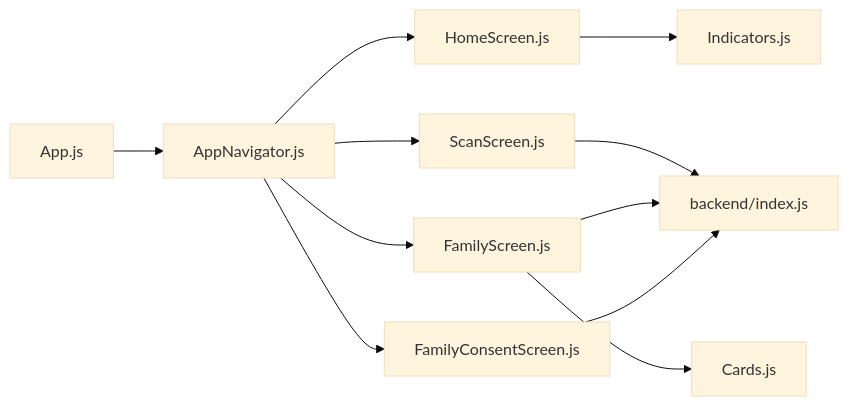
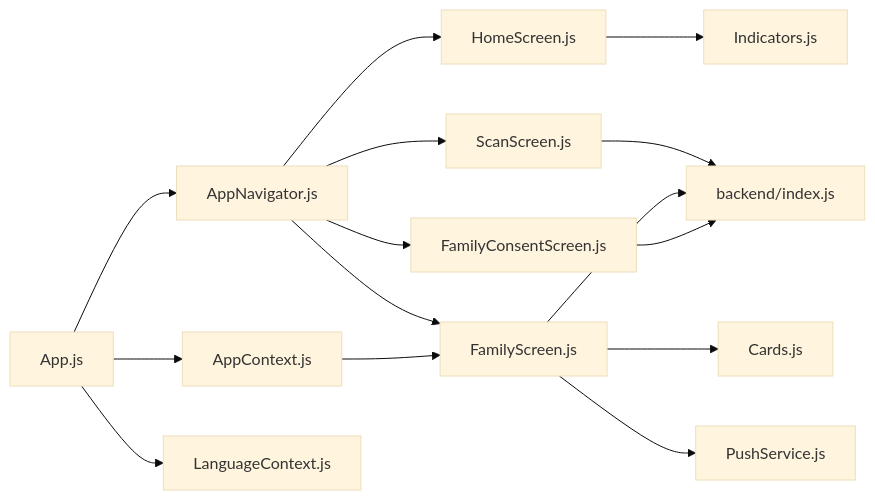
The third of 3 diagrams in .qoder/repowiki/en/content/Core Features/Family Protection System/Family Protection System.md (cyberNoman/Safe-Pakistan), drawn with Mermaid (base theme) before and after one commit. The commit also changed other lines of this file and 52 other files, not shown here.

````diff
--- a/.qoder/repowiki/en/content/Core Features/Family Protection System/Family Protection System.md
+++ b/.qoder/repowiki/en/content/Core Features/Family Protection System/Family Protection System.md
@@ -247,13 +316,17 @@
 ```mermaid
 graph LR
 App["App.js"] --> Nav["AppNavigator.js"]
 Nav --> Home["HomeScreen.js"]
 Nav --> Scan["ScanScreen.js"]
 Nav --> Family["FamilyScreen.js"]
 Nav --> Consent["FamilyConsentScreen.js"]
 Family --> Cards["Cards.js"]
 Home --> Indicators["Indicators.js"]
 Scan --> Backend["backend/index.js"]
 Family --> Backend
 Consent --> Backend
+App --> Context["AppContext.js"]
+App --> LangContext["LanguageContext.js"]
+Family --> Push["PushService.js"]
+Context --> Family
 ```
````
